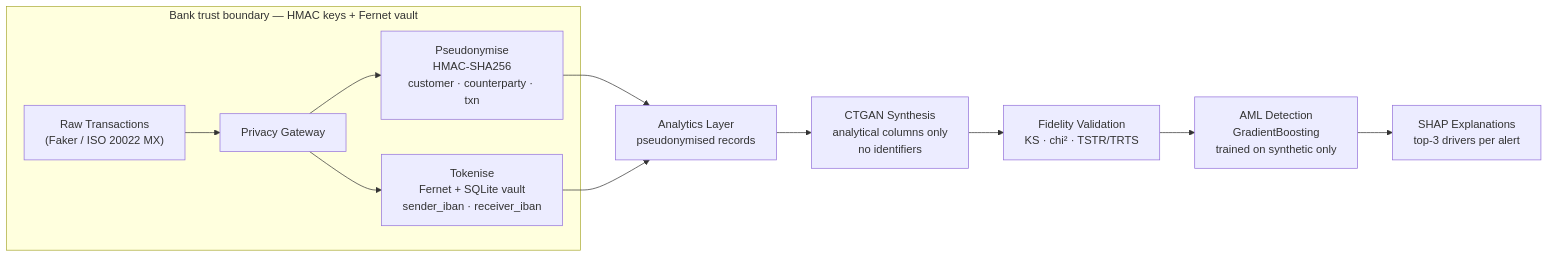
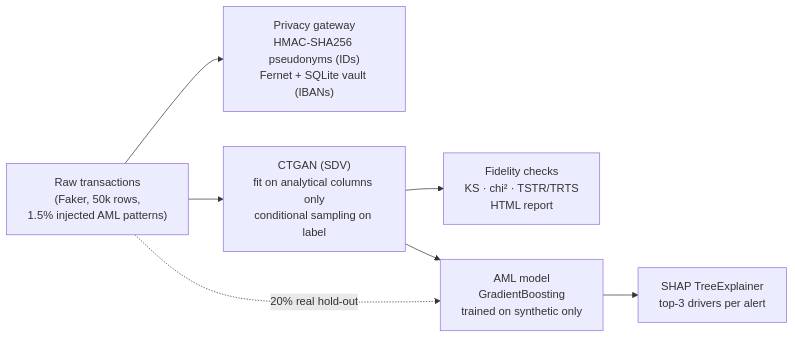
One commit to AdityaShekhawat0504/Privacy-First-Banking-Compliance-Layer- changed the diagram in README.md. Above: the diagram before and after it, drawn with Mermaid. The commit also changed other lines of this file and 11 other files, not shown here.

````diff
--- a/README.md
+++ b/README.md
@@ -23,16 +14,9 @@
 ```mermaid
 graph LR
-    subgraph bank["Bank trust boundary — HMAC keys + Fernet vault"]
-        A["Raw Transactions<br/>(Faker / ISO 20022 MX)"] --> B[Privacy Gateway]
-        B --> C["Pseudonymise<br/>HMAC-SHA256<br/>customer · counterparty · txn"]
-        B --> D["Tokenise<br/>Fernet + SQLite vault<br/>sender_iban · receiver_iban"]
-    end
-
-    C --> E["Analytics Layer<br/>pseudonymised records"]
-    D --> E
-
-    E --> F["CTGAN Synthesis<br/>analytical columns only<br/>no identifiers"]
-    F --> G["Fidelity Validation<br/>KS · chi² · TSTR/TRTS"]
-    G --> H["AML Detection<br/>GradientBoosting<br/>trained on synthetic only"]
-    H --> I["SHAP Explanations<br/>top-3 drivers per alert"]
+    A["Raw transactions<br/>(Faker, 50k rows,<br/>1.5% injected AML patterns)"] --> B["Privacy gateway<br/>HMAC-SHA256 pseudonyms (IDs)<br/>Fernet + SQLite vault (IBANs)"]
+    A --> C["CTGAN (SDV)<br/>fit on analytical columns only<br/>conditional sampling on label"]
+    C --> D["Fidelity checks<br/>KS · chi² · TSTR/TRTS<br/>HTML report"]
+    C --> E["AML model<br/>GradientBoosting<br/>trained on synthetic only"]
+    A -. "20% real hold-out" .-> E
+    E --> F["SHAP TreeExplainer<br/>top-3 drivers per alert"]
 ```
````
